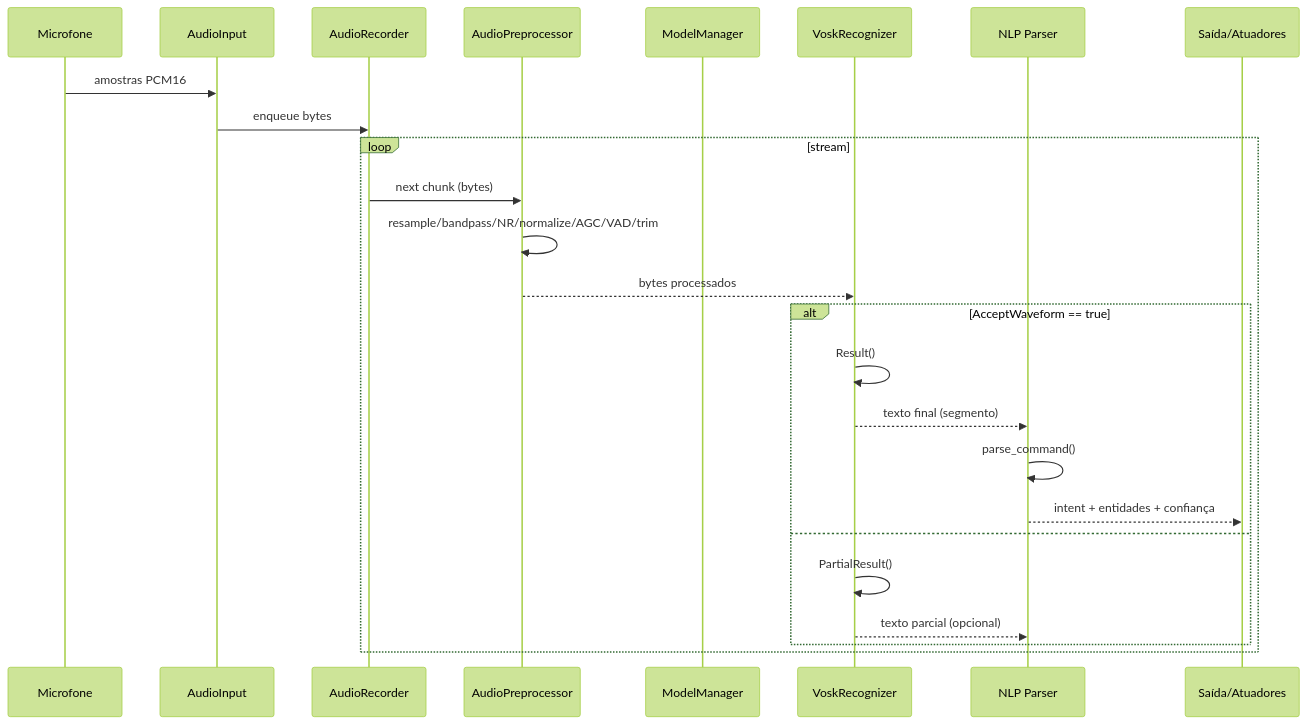
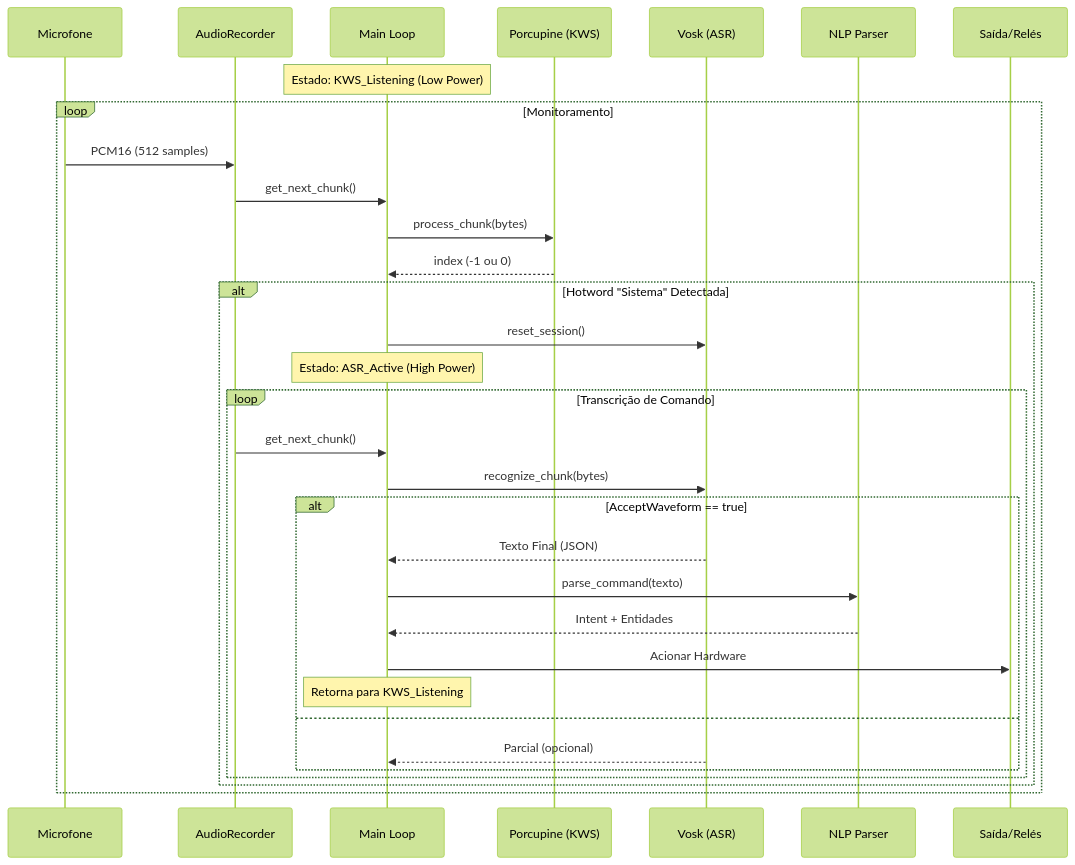
Before and after one commit to Vitormateusromancini/Projeto-Integrador---SISTEMA-EMBARCADO-DE-RECONHECIMENTO-DE-VOZ-OFFLINE: the third of 5 diagrams in README.md, drawn with Mermaid (forest theme). The commit also changed other lines of this file, not shown here.

````diff
--- a/README.md
+++ b/README.md
@@ -153,30 +154,39 @@
 ```mermaid
 sequenceDiagram
     participant Mic as Microfone
-    participant In as AudioInput
     participant Rec as AudioRecorder
-    participant Pre as AudioPreprocessor
-    participant MM as ModelManager
-    participant ASR as VoskRecognizer
+    participant Main as Main Loop
+    participant KWS as Porcupine (KWS)
+    participant ASR as Vosk (ASR)
     participant NLP as NLP Parser
-    participant Out as Saída/Atuadores
+    participant Out as Saída/Relés
 
-    Mic->>In: amostras PCM16
-    In->>Rec: enqueue bytes
+    Note over Main: Estado: KWS_Listening (Low Power)
 
-    loop stream
-        Rec->>Pre: next chunk (bytes)
-        Pre->>Pre: resample/bandpass/NR/normalize/AGC/VAD/trim
-        Pre-->>ASR: bytes processados
+    loop Monitoramento
+        Mic->>Rec: PCM16 (512 samples)
+        Rec->>Main: get_next_chunk()
+        Main->>KWS: process_chunk(bytes)
+        KWS-->>Main: index (-1 ou 0)
 
-        alt AcceptWaveform == true
-            ASR->>ASR: Result()
-            ASR-->>NLP: texto final (segmento)
-            NLP->>NLP: parse_command()
-            NLP-->>Out: intent + entidades + confiança
-        else
-            ASR->>ASR: PartialResult()
-            ASR-->>NLP: texto parcial (opcional)
+        alt Hotword "Sistema" Detectada
+            Main->>ASR: reset_session()
+            Note over Main: Estado: ASR_Active (High Power)
+            
+            loop Transcrição de Comando
+                Rec->>Main: get_next_chunk()
+                Main->>ASR: recognize_chunk(bytes)
+                
+                alt AcceptWaveform == true
+                    ASR-->>Main: Texto Final (JSON)
+                    Main->>NLP: parse_command(texto)
+                    NLP-->>Main: Intent + Entidades
+                    Main->>Out: Acionar Hardware
+                    Note over Main: Retorna para KWS_Listening
+                else
+                    ASR-->>Main: Parcial (opcional)
+                end
+            end
         end
     end
 ```
````
